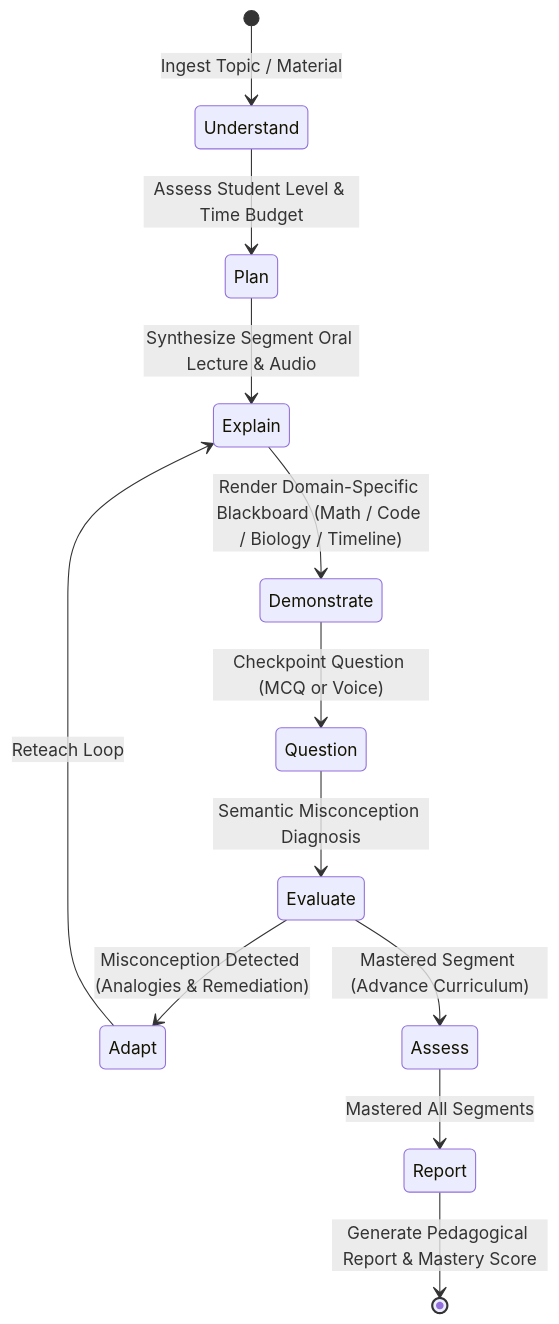
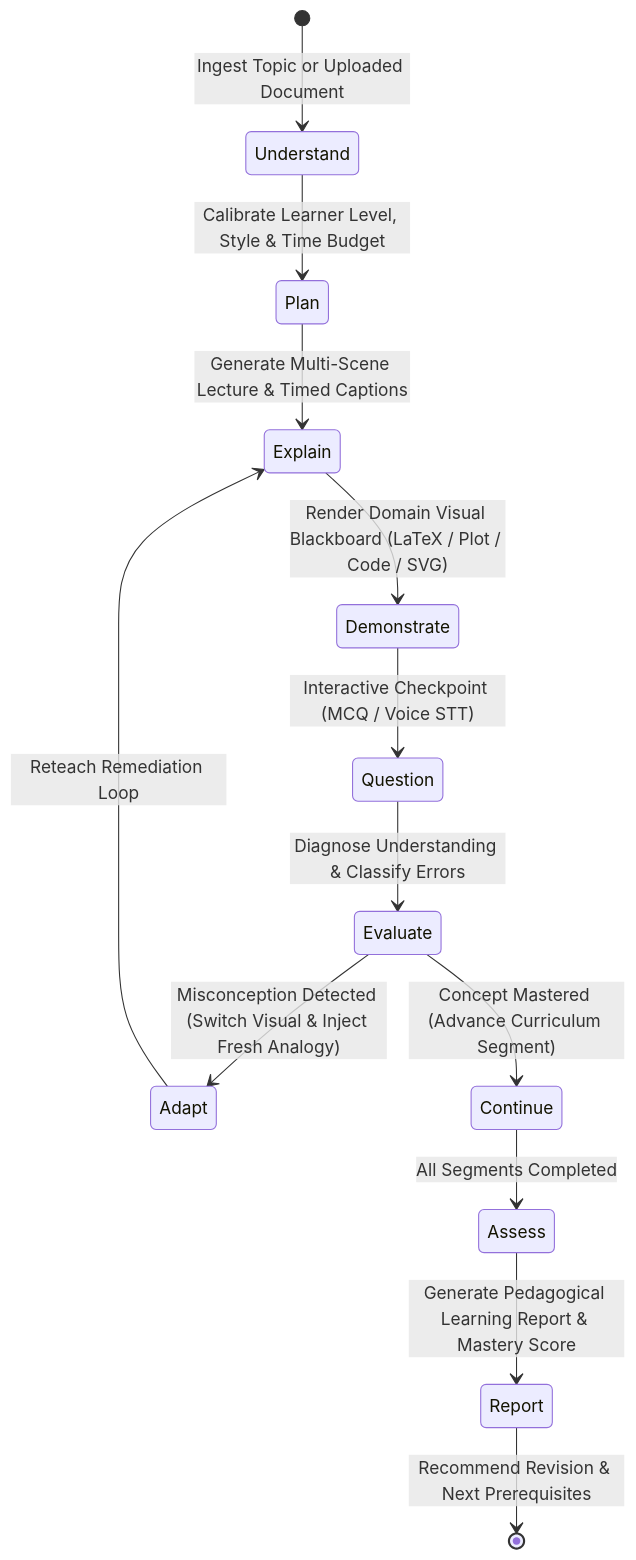
Before and after one commit to Akshat-coder-101/AI-INNOVATION-: the second of 2 diagrams in README.md, drawn with Mermaid. The commit also changed other lines of this file and 15 other files, not shown here.

````diff
--- a/README.md
+++ b/README.md
@@ -21,14 +112,15 @@
 ```mermaid
 stateDiagram-v2
-    [*] --> Understand: Ingest Topic / Material
-    Understand --> Plan: Assess Student Level & Time Budget
-    Plan --> Explain: Synthesize Segment Oral Lecture & Audio
-    Explain --> Demonstrate: Render Domain-Specific Blackboard (Math / Code / Biology / Timeline)
-    Demonstrate --> Question: Checkpoint Question (MCQ or Voice)
-    Question --> Evaluate: Semantic Misconception Diagnosis
-    Evaluate --> Adapt: Misconception Detected (Analogies & Remediation)
-    Adapt --> Explain: Reteach Loop
-    Evaluate --> Assess: Mastered Segment (Advance Curriculum)
-    Assess --> Report: Mastered All Segments
-    Report --> [*]: Generate Pedagogical Report & Mastery Score
+    [*] --> Understand: Ingest Topic or Uploaded Document
+    Understand --> Plan: Calibrate Learner Level, Style & Time Budget
+    Plan --> Explain: Generate Multi-Scene Lecture & Timed Captions
+    Explain --> Demonstrate: Render Domain Visual Blackboard (LaTeX / Plot / Code / SVG)
+    Demonstrate --> Question: Interactive Checkpoint (MCQ / Voice STT)
+    Question --> Evaluate: Diagnose Understanding & Classify Errors
+    Evaluate --> Adapt: Misconception Detected (Switch Visual & Inject Fresh Analogy)
+    Adapt --> Explain: Reteach Remediation Loop
+    Evaluate --> Continue: Concept Mastered (Advance Curriculum Segment)
+    Continue --> Assess: All Segments Completed
+    Assess --> Report: Generate Pedagogical Learning Report & Mastery Score
+    Report --> [*]: Recommend Revision & Next Prerequisites
 ```
````
